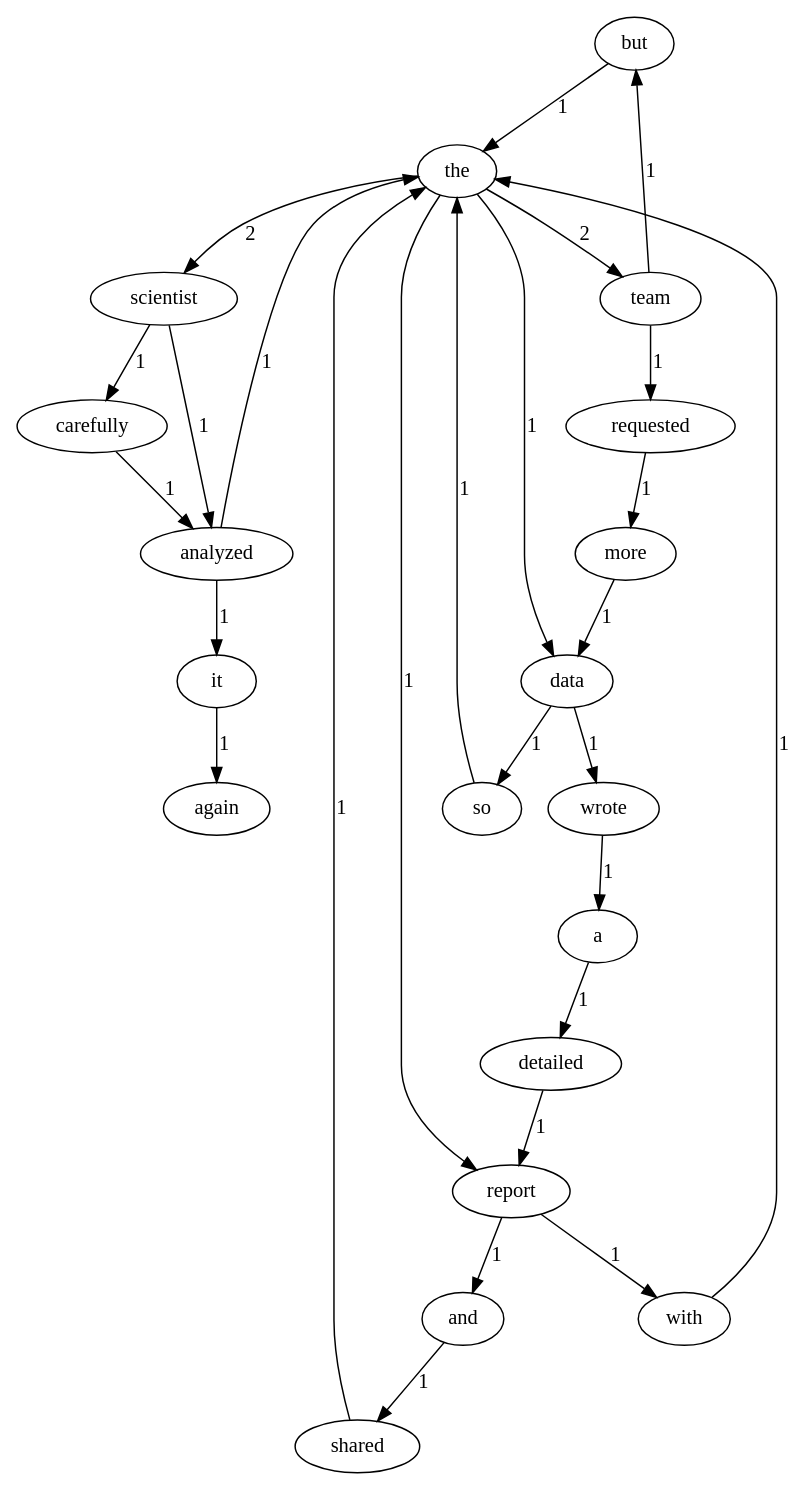
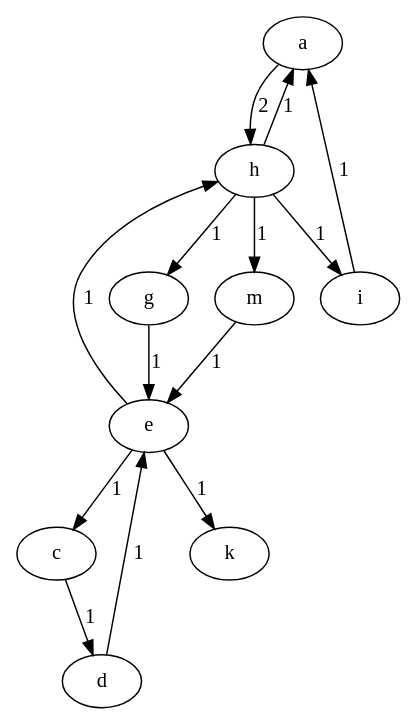
Before and after one commit to mianyu114514/Lab1-2022112020: the diagram in result/directed_graph.dot, drawn with Graphviz. The commit also changed 27 other files, not shown here.

```diff
--- a/result/directed_graph.dot
+++ b/result/directed_graph.dot
@@ -1,28 +1,15 @@
 digraph G {
-	but -> the [label="1"];
-	a -> detailed [label="1"];
-	shared -> the [label="1"];
-	data -> wrote [label="1"];
-	data -> so [label="1"];
-	carefully -> analyzed [label="1"];
-	scientist -> carefully [label="1"];
-	scientist -> analyzed [label="1"];
-	more -> data [label="1"];
-	wrote -> a [label="1"];
-	analyzed -> the [label="1"];
-	analyzed -> it [label="1"];
-	team -> but [label="1"];
-	team -> requested [label="1"];
-	it -> again [label="1"];
-	the -> data [label="1"];
-	the -> scientist [label="2"];
-	the -> report [label="1"];
-	the -> team [label="2"];
-	with -> the [label="1"];
-	requested -> more [label="1"];
-	detailed -> report [label="1"];
-	and -> shared [label="1"];
-	report -> with [label="1"];
-	report -> and [label="1"];
-	so -> the [label="1"];
+	a -> h [label="2"];
+	c -> d [label="1"];
+	d -> e [label="1"];
+	e -> c [label="1"];
+	e -> h [label="1"];
+	e -> k [label="1"];
+	g -> e [label="1"];
+	h -> a [label="1"];
+	h -> g [label="1"];
+	h -> i [label="1"];
+	h -> m [label="1"];
+	i -> a [label="1"];
+	m -> e [label="1"];
 }
```
